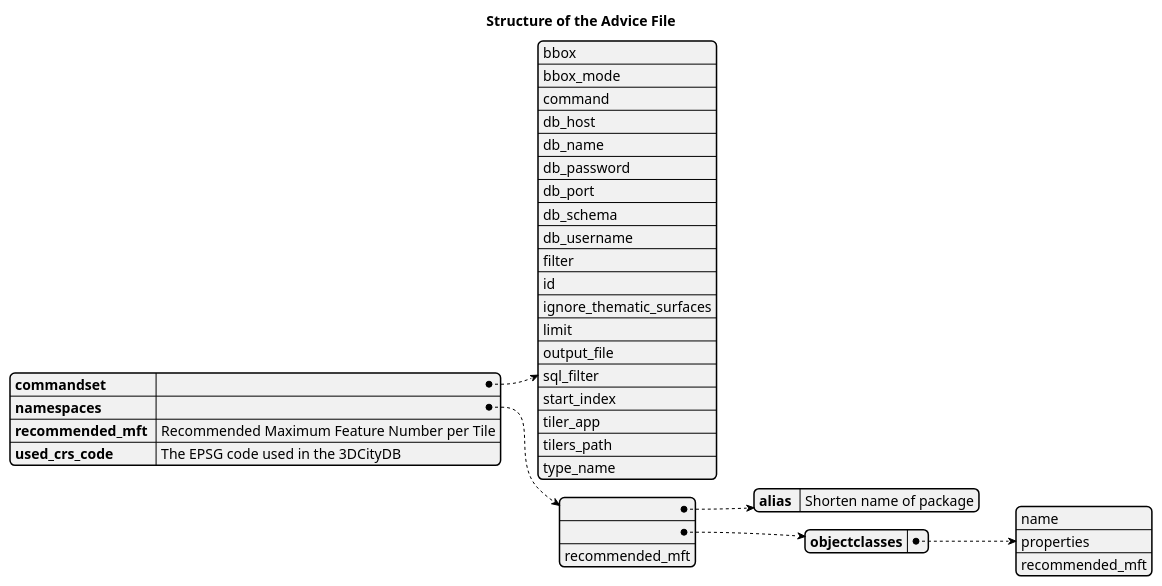
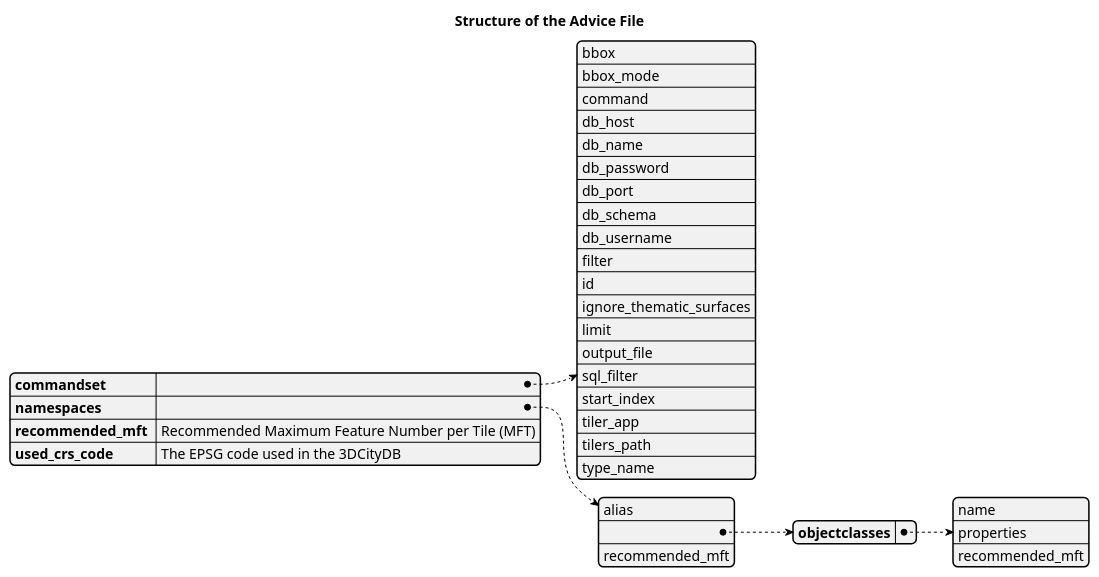
One commit to 3dcitydb/citydb-3dtiler changed the diagram in docs/includes/yaml_structure.md. Above: the diagram before and after it, drawn with PlantUML. The commit also changed other lines of this file and 13 other files, not shown here.

````diff
--- a/docs/includes/yaml_structure.md
+++ b/docs/includes/yaml_structure.md
@@ -3,43 +3,41 @@
 ```puml
 @startyaml
 
 title Structure of the Advice File
 
-'Last Check : 09.11.2026
-
+#highlight "namespaces" / "objectclasses" / "recommended_mft"
+#highlight "namespaces" / "recommended_mft"
 #highlight "recommended_mft"
-#highlight "namespaces" / "recommended_mft"
-#highlight "namespaces" / "objectclasses" / "recommended_mft"
 
 commandset:
     - bbox
     - bbox_mode
     - command
     - db_host
     - db_name
     - db_password
     - db_port
     - db_schema
     - db_username
     - filter
     - id
     - ignore_thematic_surfaces
     - limit
     - output_file
     - sql_filter
     - start_index
     - tiler_app
     - tilers_path
     - type_name
 namespaces:
-    - alias : "Shorten name of package"
+    - alias
     - objectclasses:
         - name
         - properties
         - recommended_mft
     - recommended_mft
-recommended_mft : "Recommended Maximum Feature Number per Tile"
+recommended_mft : "Recommended Maximum Feature Number per Tile (MFT)"
 used_crs_code : "The EPSG code used in the 3DCityDB"
 
 @endyaml
 ```
````
